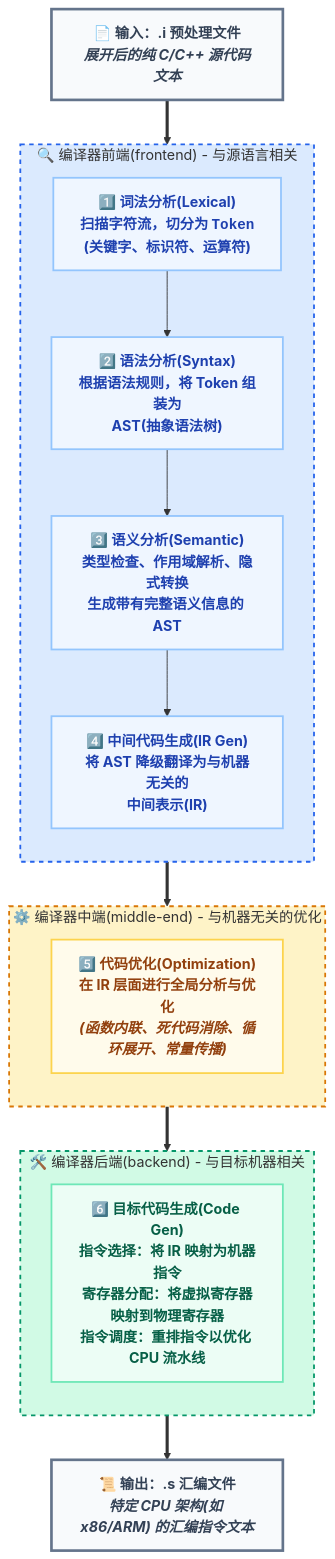
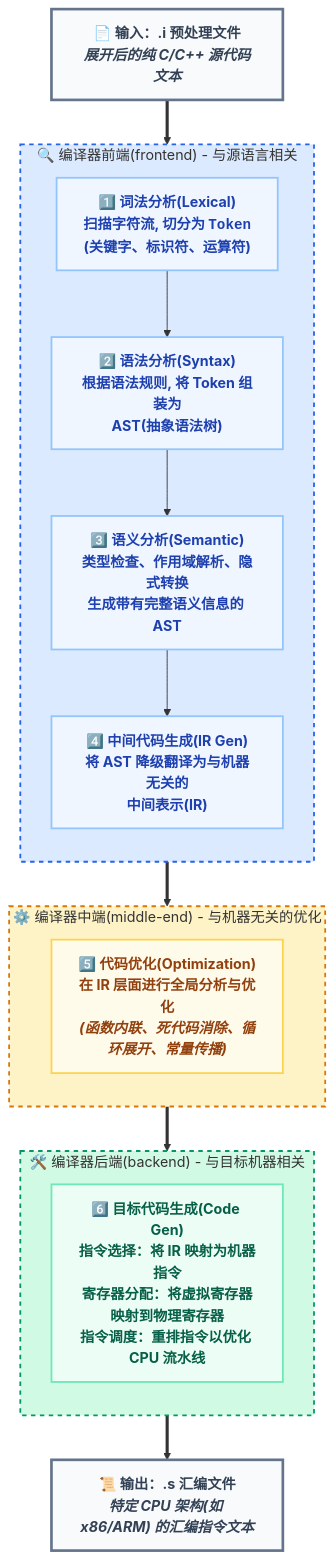
The third of 10 diagrams in _posts/c_c++/compile/2021-06-15-编译过程.md (dmjcb/dmjcb.github.io), drawn with Mermaid before and after one commit. The commit also changed other lines of this file and 12 other files, not shown here.

````diff
--- a/_posts/c_c++/compile/2021-06-15-编译过程.md
+++ b/_posts/c_c++/compile/2021-06-15-编译过程.md
@@ -163,57 +163,57 @@
 ```mermaid
 flowchart TD
     %% 样式定义(延续前文色彩体系)
     classDef fileNode fill:#f8fafc,stroke:#64748b,stroke-width:3px,color:#334155,font-weight:bold,font-size:16px;
     
     classDef frontend fill:#dbeafe,stroke:#2563eb,stroke-width:2px,stroke-dasharray: 5 5;
     classDef feNode fill:#eff6ff,stroke:#93c5fd,stroke-width:2px,color:#1e40af,font-weight:bold;
     
     classDef middleend fill:#fef3c7,stroke:#d97706,stroke-width:2px,stroke-dasharray: 5 5;
     classDef meNode fill:#fffbeb,stroke:#fcd34d,stroke-width:2px,color:#92400e,font-weight:bold;
     
     classDef backend fill:#d1fae5,stroke:#059669,stroke-width:2px,stroke-dasharray: 5 5;
     classDef beNode fill:#ecfdf5,stroke:#6ee7b7,stroke-width:2px,color:#065f46,font-weight:bold;
 
     %% 输入输出文件
     InFile["📄 <b>输入：.i 预处理文件</b><br/><i>展开后的纯 C/C++ 源代码文本</i>"]
     OutFile["📜 <b>输出：.s 汇编文件</b><br/><i>特定 CPU 架构(如 x86/ARM) 的汇编指令文本</i>"]
 
     %% 前端
     subgraph Frontend ["🔍 编译器前端(frontend) - 与源语言相关"]
         direction TB
-        Lex["1️⃣ <b>词法分析(Lexical)</b><br/>扫描字符流，切分为 <code>Token</code><br/>(关键字、标识符、运算符)"]
-        Syn["2️⃣ <b>语法分析(Syntax)</b><br/>根据语法规则，将 Token 组装为<br/><b>AST(抽象语法树)</b>"]
+        Lex["1️⃣ <b>词法分析(Lexical)</b><br/>扫描字符流, 切分为 <code>Token</code><br/>(关键字、标识符、运算符)"]
+        Syn["2️⃣ <b>语法分析(Syntax)</b><br/>根据语法规则, 将 Token 组装为<br/><b>AST(抽象语法树)</b>"]
         Sem["3️⃣ <b>语义分析(Semantic)</b><br/>类型检查、作用域解析、隐式转换<br/>生成带有完整语义信息的 AST"]
         IRGen["4️⃣ <b>中间代码生成(IR Gen)</b><br/>将 AST 降级翻译为与机器无关的<br/><b>中间表示(IR)</b>"]
         
         Lex --> Syn --> Sem --> IRGen
     end
 
     %% 中端
     subgraph Middleend ["⚙️ 编译器中端(middle-end) - 与机器无关的优化"]
         direction TB
         Opt["5️⃣ <b>代码优化(Optimization)</b><br/>在 IR 层面进行全局分析与优化<br/><i>(函数内联、死代码消除、循环展开、常量传播)</i>"]
     end
 
     %% 后端
     subgraph Backend ["🛠️ 编译器后端(backend) - 与目标机器相关"]
         direction TB
         TCG["6️⃣ <b>目标代码生成(Code Gen)</b><br/><b>指令选择</b>：将 IR 映射为机器指令<br/><b>寄存器分配</b>：将虚拟寄存器映射到物理寄存器<br/><b>指令调度</b>：重排指令以优化 CPU 流水线"]
     end
 
     %% 连线
     InFile ==> Frontend
     Frontend ==> Middleend
     Middleend ==> Backend
     Backend ==> OutFile
 
     %% 应用样式
     class InFile,OutFile fileNode;
     class Frontend frontend;
     class Lex,Syn,Sem,IRGen feNode;
     class Middleend middleend;
     class Opt meNode;
     class Backend backend;
     class TCG beNode;
 
 ```
````
